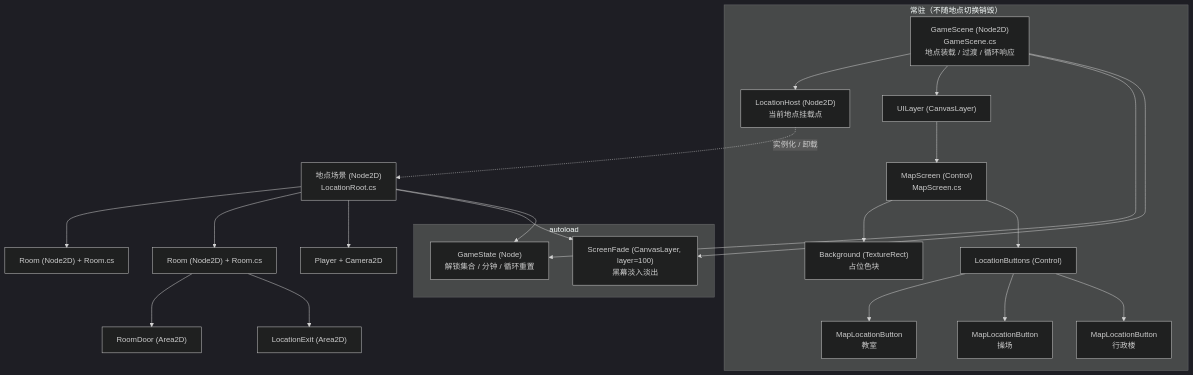
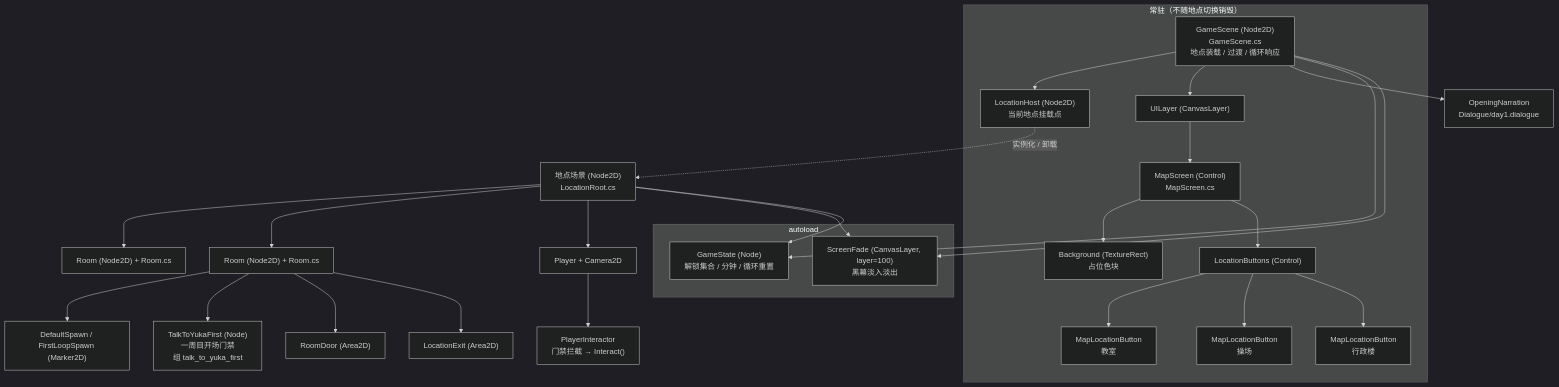
Before and after one commit to Yumihoshi/pandagj-2026: the first of 5 diagrams in docs/superpowers/specs/2026-11-06-map-scene-system-design.md, drawn with Mermaid (dark theme). The commit also changed other lines of this file and 15 other files, not shown here.

````diff
--- a/docs/superpowers/specs/2026-11-06-map-scene-system-design.md
+++ b/docs/superpowers/specs/2026-11-06-map-scene-system-design.md
@@ -87,31 +87,35 @@
 ```mermaid
 graph TD
     subgraph 常驻["常驻（不随地点切换销毁）"]
         GameScene["GameScene (Node2D)<br/>GameScene.cs<br/>地点装载 / 过渡 / 循环响应"]
         GameScene --> LocationHost["LocationHost (Node2D)<br/>当前地点挂载点"]
         GameScene --> UILayer["UILayer (CanvasLayer)"]
         UILayer --> MapScreen["MapScreen (Control)<br/>MapScreen.cs"]
         MapScreen --> Bg["Background (TextureRect)<br/>占位色块"]
         MapScreen --> BtnBox["LocationButtons (Control)"]
         BtnBox --> BtnA["MapLocationButton<br/>教室"]
         BtnBox --> BtnB["MapLocationButton<br/>操场"]
         BtnBox --> BtnC["MapLocationButton<br/>行政楼"]
     end
 
     subgraph 自动加载["autoload"]
         GameState["GameState (Node)<br/>解锁集合 / 分钟 / 循环重置"]
         ScreenFade["ScreenFade (CanvasLayer, layer=100)<br/>黑幕淡入淡出"]
     end
 
     LocationHost -.实例化 / 卸载.-> Location["地点场景 (Node2D)<br/>LocationRoot.cs"]
     Location --> RoomA["Room (Node2D) + Room.cs"]
     Location --> RoomB["Room (Node2D) + Room.cs"]
     Location --> PlayerNode["Player + Camera2D"]
+    PlayerNode --> Interactor["PlayerInteractor<br/>门禁拦截 → Interact()"]
+    RoomB --> Spawn["DefaultSpawn / FirstLoopSpawn (Marker2D)"]
+    RoomB --> Gate["TalkToYukaFirst (Node)<br/>一周目开场门禁<br/>组 talk_to_yuka_first"]
     RoomB --> Door["RoomDoor (Area2D)"]
     RoomB --> Exit["LocationExit (Area2D)"]
+    GameScene --> Narration["OpeningNarration<br/>Dialogue/day1.dialogue"]
 
     GameScene --> GameState
     GameScene --> ScreenFade
     Location --> ScreenFade
     Location --> GameState
 ```
````
